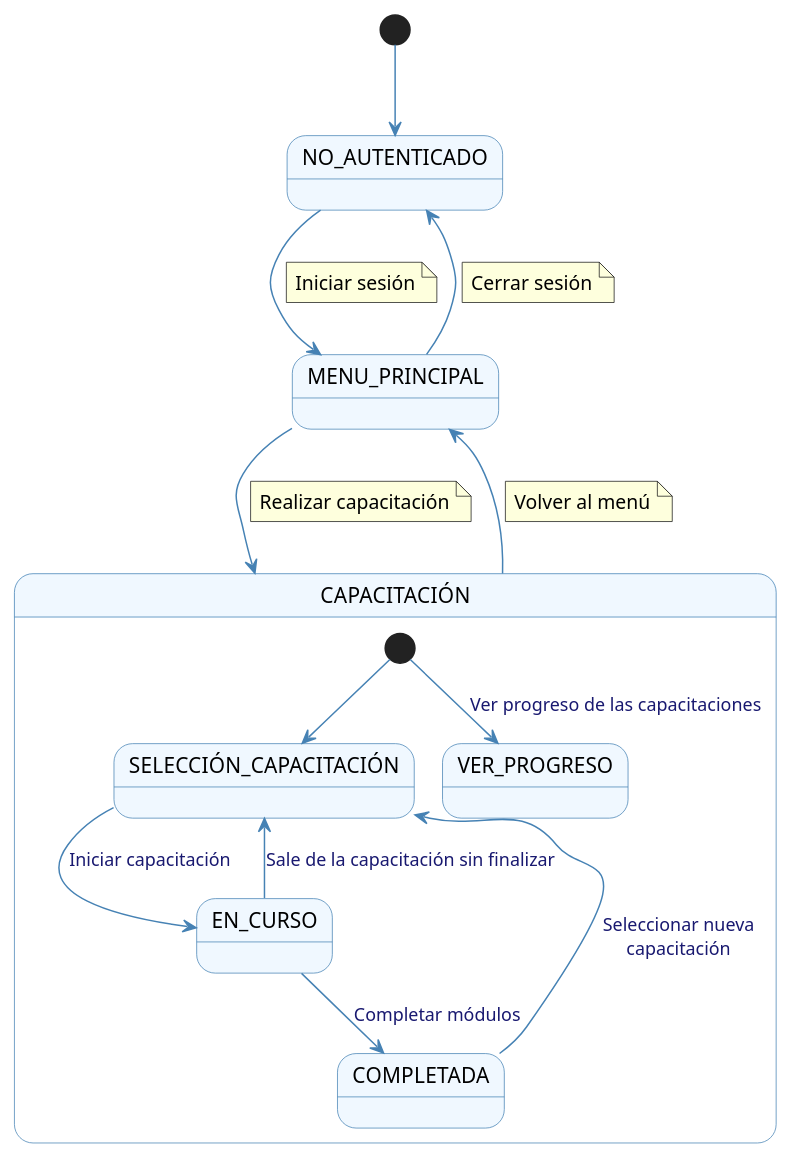
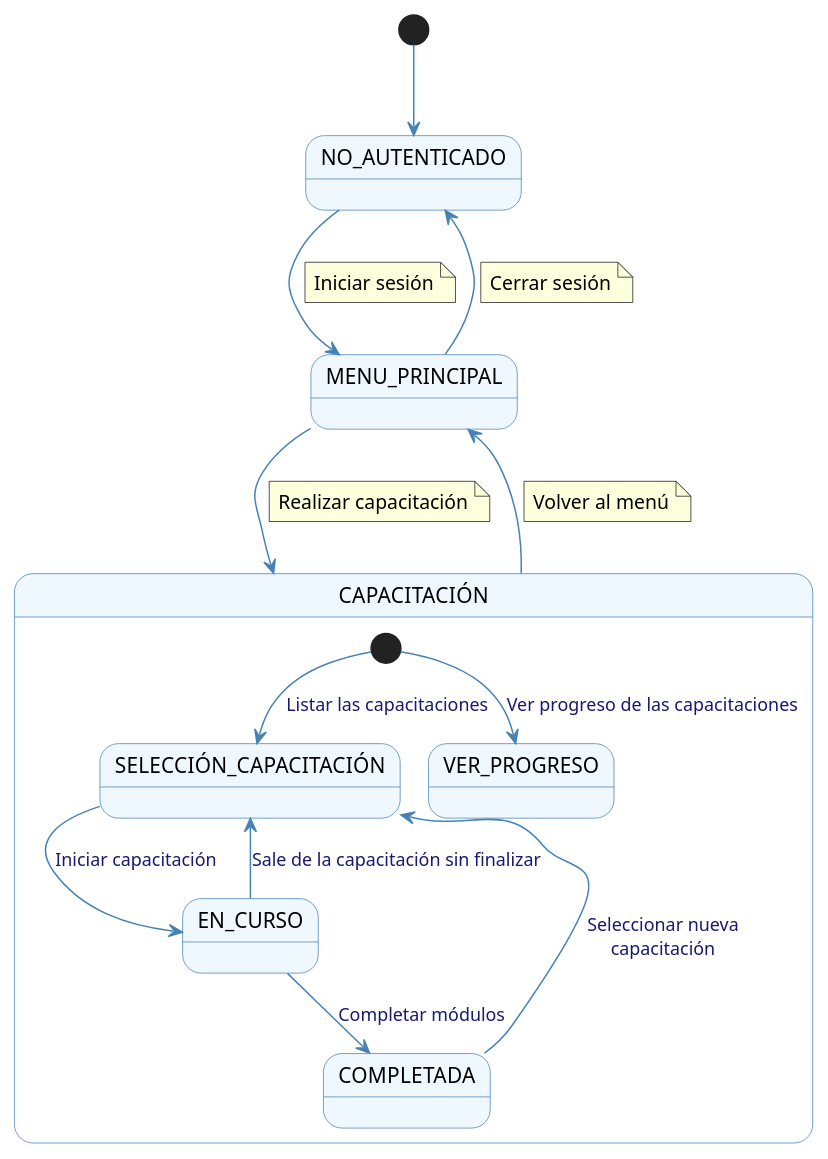
One commit to Dievex/24-25-IdSw1-SDR changed the diagram in casos_de_uso/diagramas_de_contexto/diagrama_contexto_becario.puml. Above: the diagram before and after it, drawn with PlantUML. The commit also changed 1 other file, not shown here.

Commit message:
docs(context diagrams): add transition labels to state diagrams

```diff
--- a/casos_de_uso/diagramas_de_contexto/diagrama_contexto_becario.puml
+++ b/casos_de_uso/diagramas_de_contexto/diagrama_contexto_becario.puml
@@ -1,52 +1,52 @@
 @startuml diagrama_contexto_postulante
 
 skinparam {
     StateFontSize 14
     StateFontColor black
     StateBackgroundColor #f0f8ff
     StateBorderColor #4682b4
     ArrowColor #4682b4
     ArrowFontColor #191970
     ArrowFontSize 12
 }
 
 state "NO_AUTENTICADO" as NoAuth
 state "MENU_PRINCIPAL" as Menu
 
 state "CAPACITACIÓN" as Capacitacion {
     state "SELECCIÓN_CAPACITACIÓN" as SeleccionCap
     state "EN_CURSO" as EnCurso
     state "COMPLETADA" as Completada
     state "VER_PROGRESO" as VerProg
     
-    [*] --> SeleccionCap
+    [*] --> SeleccionCap : Listar las capacitaciones
     [*] --> VerProg : Ver progreso de las capacitaciones
     SeleccionCap --> EnCurso : Iniciar capacitación
     EnCurso --> Completada : Completar módulos
     EnCurso --> SeleccionCap : Sale de la capacitación sin finalizar
     Completada --> SeleccionCap : Seleccionar nueva\ncapacitación
 }
 
 [*] --> NoAuth
 
 NoAuth --> Menu
     note on link
         Iniciar sesión
     end note
 
 Menu --> NoAuth
     note on link
         Cerrar sesión
     end note
 
 Menu --> Capacitacion
     note on link
         Realizar capacitación
     end note
 
 Capacitacion --> Menu
     note on link
         Volver al menú
     end note
 
 @enduml
```
